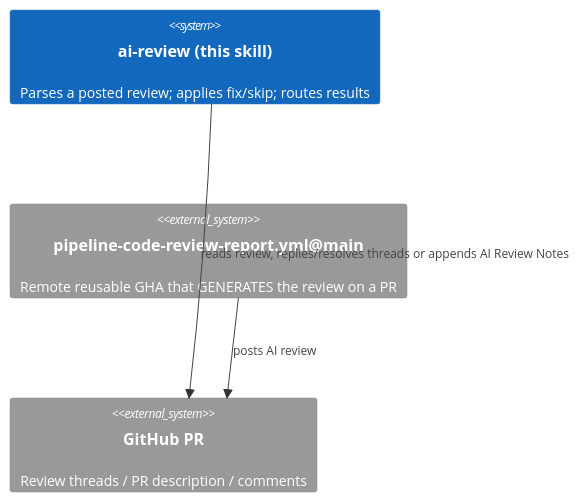
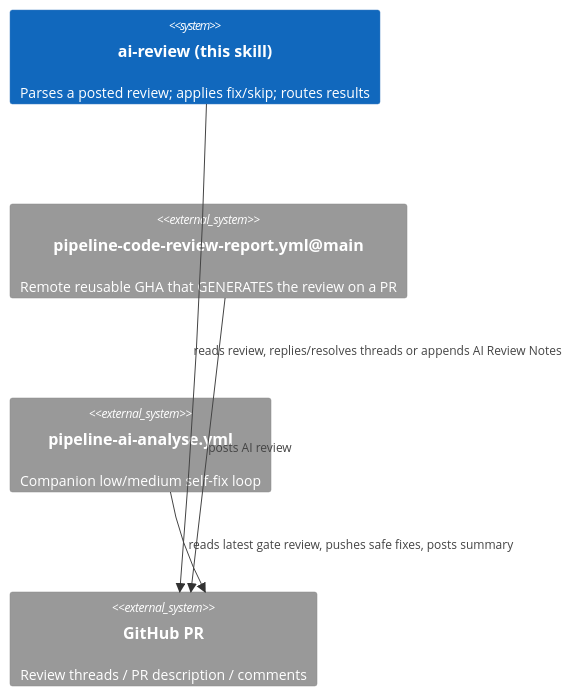
One commit to generic-automation-and-it/smooth-llm-imposter changed the diagram in .agents/skills/ai-review/AGENTS.md. Above: the diagram before and after it, drawn with Mermaid. The commit also changed other lines of this file and 9 other files, not shown here.

First line of the commit message:
chore[63]: vendor review-push skill and add AI analyse self-fix workflow (#64)

````diff
--- a/.agents/skills/ai-review/AGENTS.md
+++ b/.agents/skills/ai-review/AGENTS.md
@@ -15,8 +15,10 @@
 ```mermaid
 C4Context
   System(consumer, "ai-review (this skill)", "Parses a posted review; applies fix/skip; routes results")
   System_Ext(gha, "pipeline-code-review-report.yml@main", "Remote reusable GHA that GENERATES the review on a PR")
+  System_Ext(analyse, "pipeline-ai-analyse.yml", "Companion low/medium self-fix loop")
   System_Ext(gh, "GitHub PR", "Review threads / PR description / comments")
   Rel(gha, gh, "posts AI review")
+  Rel(analyse, gh, "reads latest gate review, pushes safe fixes, posts summary")
   Rel(consumer, gh, "reads review, replies/resolves threads or appends AI Review Notes")
 ```
````
